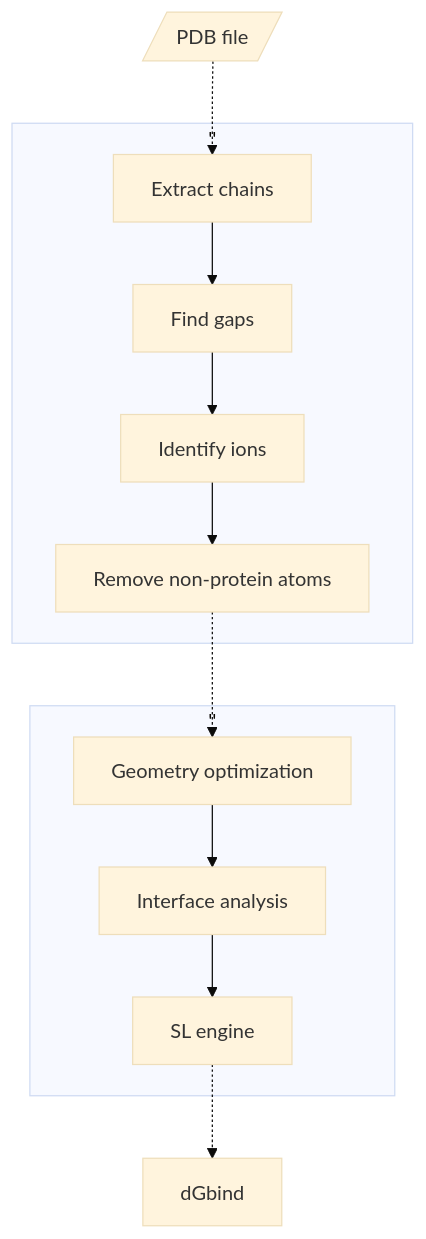
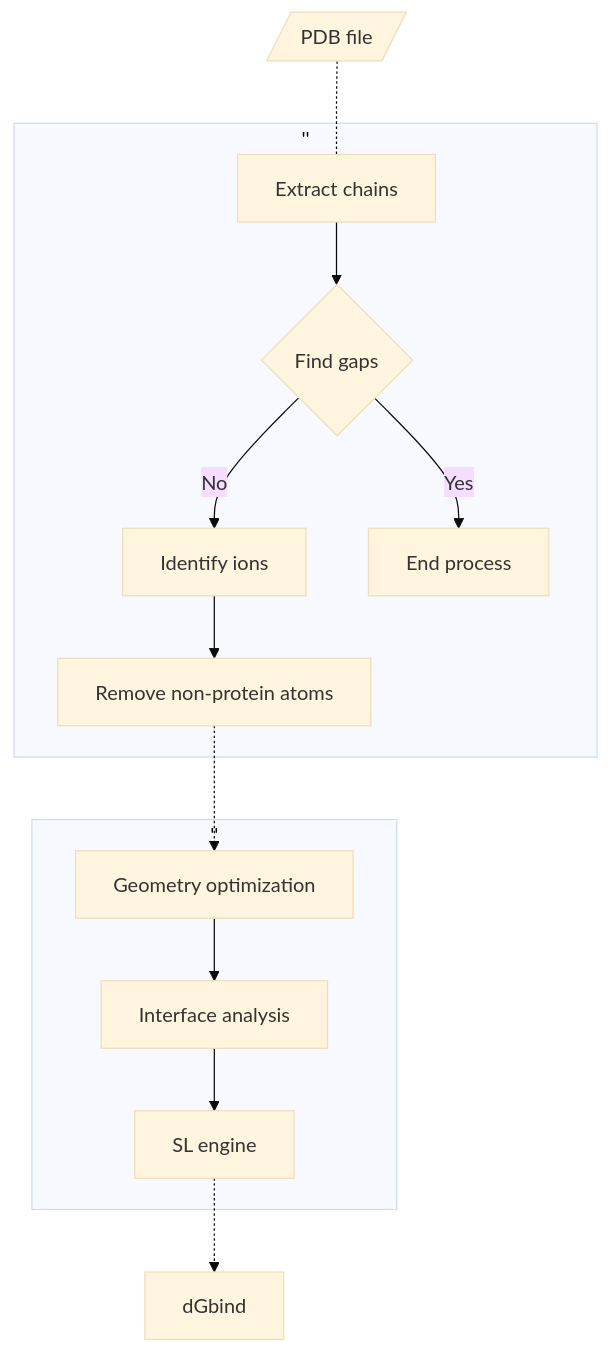
One commit to eltonjfc/pbee changed the diagram in README.md. Above: the diagram before and after it, drawn with Mermaid (base theme).

````diff
--- a/README.md
+++ b/README.md
@@ -7,24 +7,28 @@
 ```mermaid
 flowchart TB
 	pdb[/PDB file/] 
 	step1[Extract chains] 
-	step2[Find gaps] 
+	step2{Find gaps}
 	step3[Identify ions] 
 	step4[Remove non-protein atoms] 
 	step5[Geometry optimization] 
 	step6[Interface analysis] 
 	step7[SL engine]
 	result[dGbind]
-
+	ends[End process]
+	
 	subgraph B['']
 	step5 --> step6 --> step7
 	end 
 	
 	subgraph A['']
-	step1 --> step2 --> step3 --> step4
+	step1 --> step2
+	step2 --> |Yes| ends
+	step2 --> |No| step3
+	step3 --> step4
 	end 
 	
-	pdb -.-> step1
+	pdb -.- step1
 	step4 -.-> step5
 	step7 -.-> result
 ``` 
````
